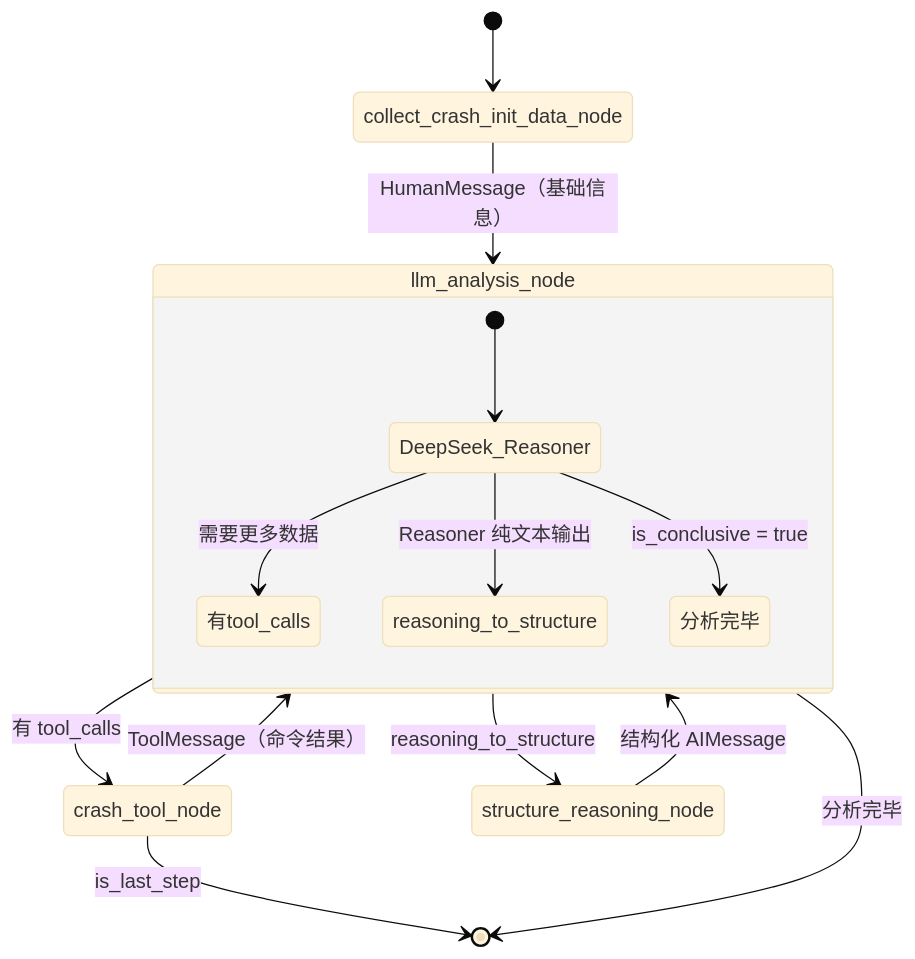
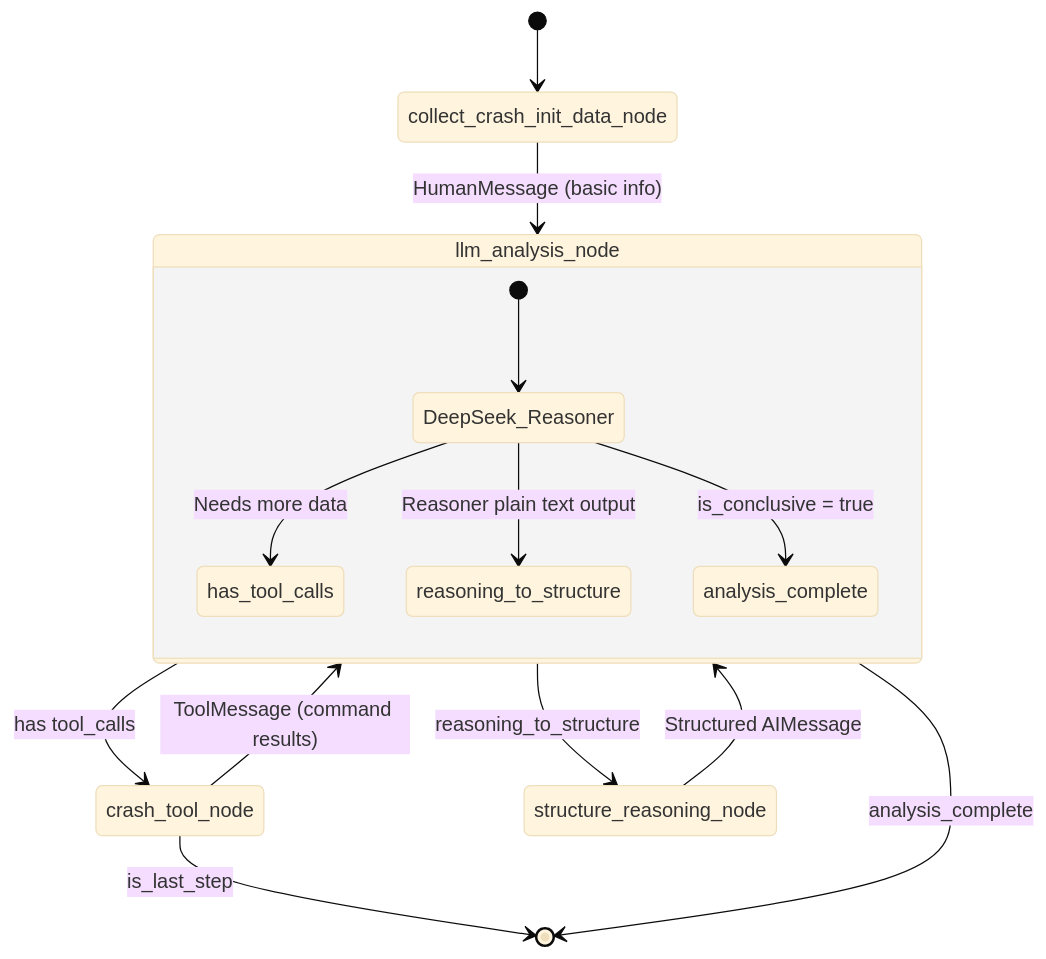
The second of 2 diagrams in README.md (wubo0067/ai-app-hub), drawn with Mermaid (base theme) before and after one commit. The commit also changed other lines of this file and 2 other files, not shown here.

First line of the commit message:
feat: add English documentation and improve README structure

````diff
--- a/README.md
+++ b/README.md
@@ -75,21 +77,21 @@
 ```mermaid
 stateDiagram-v2
     [*] --> collect_crash_init_data_node
-    collect_crash_init_data_node --> llm_analysis_node : HumanMessage（基础信息）
+    collect_crash_init_data_node --> llm_analysis_node : HumanMessage (basic info)
 
     state llm_analysis_node {
         [*] --> DeepSeek_Reasoner
-        DeepSeek_Reasoner --> 有tool_calls : 需要更多数据
-        DeepSeek_Reasoner --> reasoning_to_structure : Reasoner 纯文本输出
-        DeepSeek_Reasoner --> 分析完毕 : is_conclusive = true
+        DeepSeek_Reasoner --> has_tool_calls : Needs more data
+        DeepSeek_Reasoner --> reasoning_to_structure : Reasoner plain text output
+        DeepSeek_Reasoner --> analysis_complete : is_conclusive = true
     }
 
-    llm_analysis_node --> crash_tool_node : 有 tool_calls
+    llm_analysis_node --> crash_tool_node : has tool_calls
     llm_analysis_node --> structure_reasoning_node : reasoning_to_structure
-    llm_analysis_node --> [*] : 分析完毕
+    llm_analysis_node --> [*] : analysis_complete
 
-    crash_tool_node --> llm_analysis_node : ToolMessage（命令结果）
+    crash_tool_node --> llm_analysis_node : ToolMessage (command results)
     crash_tool_node --> [*] : is_last_step
 
-    structure_reasoning_node --> llm_analysis_node : 结构化 AIMessage
+    structure_reasoning_node --> llm_analysis_node : Structured AIMessage
 ```
````
